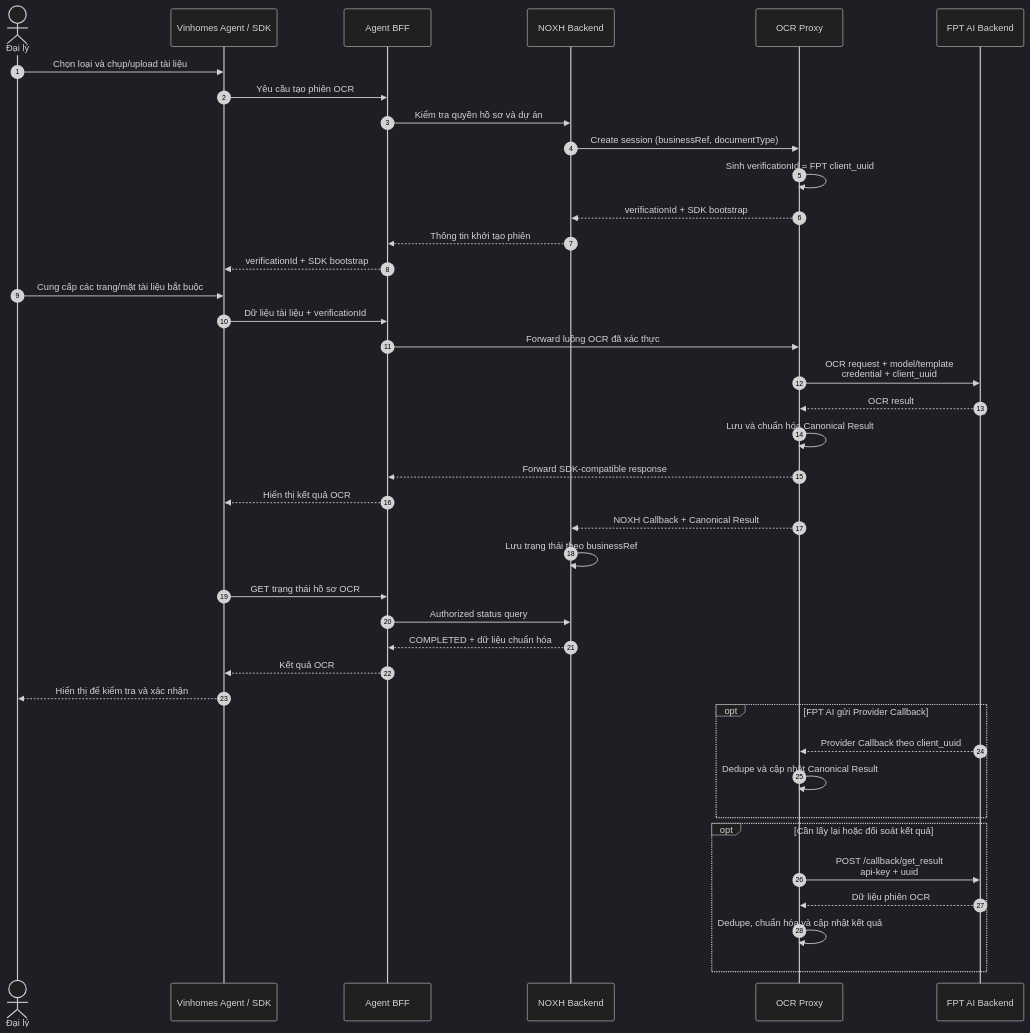
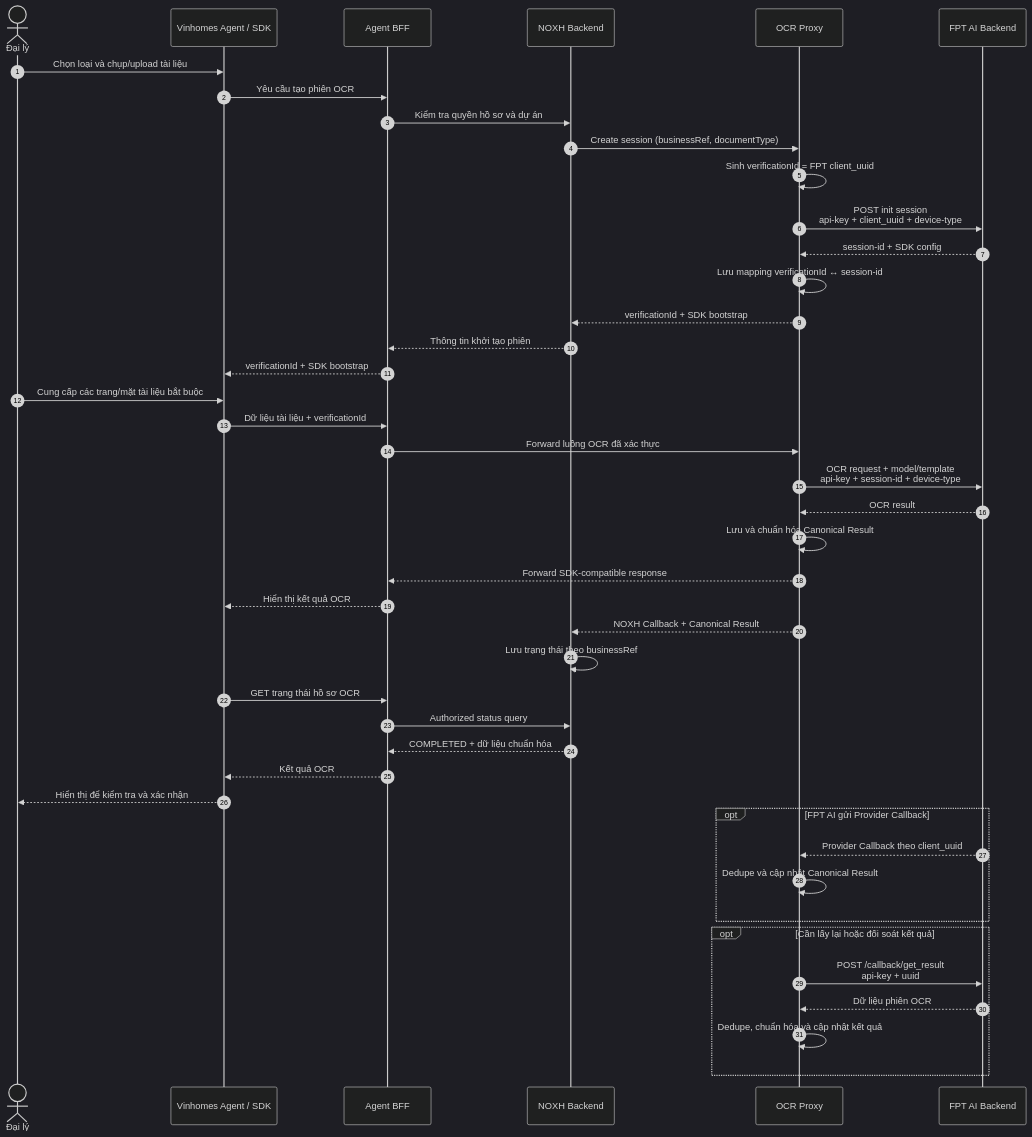
Before and after one commit to huynv-xyz/vhm: the second of 9 diagrams in noxh.md, drawn with Mermaid (dark theme). The commit also changed other lines of this file, not shown here.

````diff
--- a/noxh.md
+++ b/noxh.md
@@ -207,47 +216,50 @@
 ```mermaid
 sequenceDiagram
     autonumber
     actor DL as Đại lý
     participant APP as Vinhomes Agent / SDK
     participant BFF as Agent BFF
     participant NOXH as NOXH Backend
     participant OCR as OCR Proxy
     participant FPT as FPT AI Backend
 
     DL->>APP: Chọn loại và chụp/upload tài liệu
     APP->>BFF: Yêu cầu tạo phiên OCR
     BFF->>NOXH: Kiểm tra quyền hồ sơ và dự án
     NOXH->>OCR: Create session (businessRef, documentType)
     OCR->>OCR: Sinh verificationId = FPT client_uuid
+    OCR->>FPT: POST init session<br/>api-key + client_uuid + device-type
+    FPT-->>OCR: session-id + SDK config
+    OCR->>OCR: Lưu mapping verificationId ↔ session-id
     OCR-->>NOXH: verificationId + SDK bootstrap
     NOXH-->>BFF: Thông tin khởi tạo phiên
     BFF-->>APP: verificationId + SDK bootstrap
 
     DL->>APP: Cung cấp các trang/mặt tài liệu bắt buộc
     APP->>BFF: Dữ liệu tài liệu + verificationId
     BFF->>OCR: Forward luồng OCR đã xác thực
-    OCR->>FPT: OCR request + model/template<br/>credential + client_uuid
+    OCR->>FPT: OCR request + model/template<br/>api-key + session-id + device-type
     FPT-->>OCR: OCR result
     OCR->>OCR: Lưu và chuẩn hóa Canonical Result
     OCR-->>BFF: Forward SDK-compatible response
     BFF-->>APP: Hiển thị kết quả OCR
 
     OCR-->>NOXH: NOXH Callback + Canonical Result
     NOXH->>NOXH: Lưu trạng thái theo businessRef
     APP->>BFF: GET trạng thái hồ sơ OCR
     BFF->>NOXH: Authorized status query
     NOXH-->>BFF: COMPLETED + dữ liệu chuẩn hóa
     BFF-->>APP: Kết quả OCR
     APP-->>DL: Hiển thị để kiểm tra và xác nhận
 
     opt FPT AI gửi Provider Callback
         FPT-->>OCR: Provider Callback theo client_uuid
         OCR->>OCR: Dedupe và cập nhật Canonical Result
     end
 
     opt Cần lấy lại hoặc đối soát kết quả
         OCR->>FPT: POST /callback/get_result<br/>api-key + uuid
         FPT-->>OCR: Dữ liệu phiên OCR
         OCR->>OCR: Dedupe, chuẩn hóa và cập nhật kết quả
     end
 ```
````
